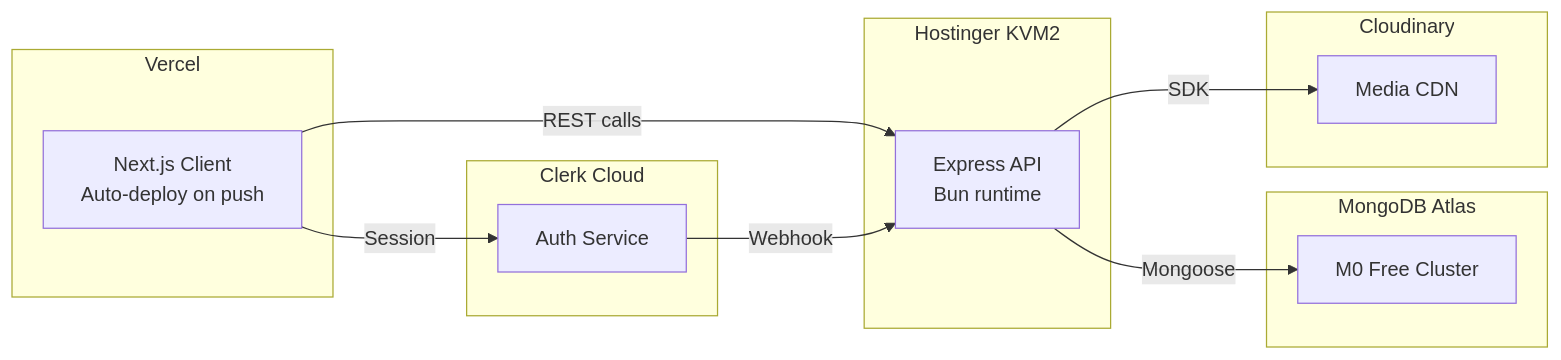
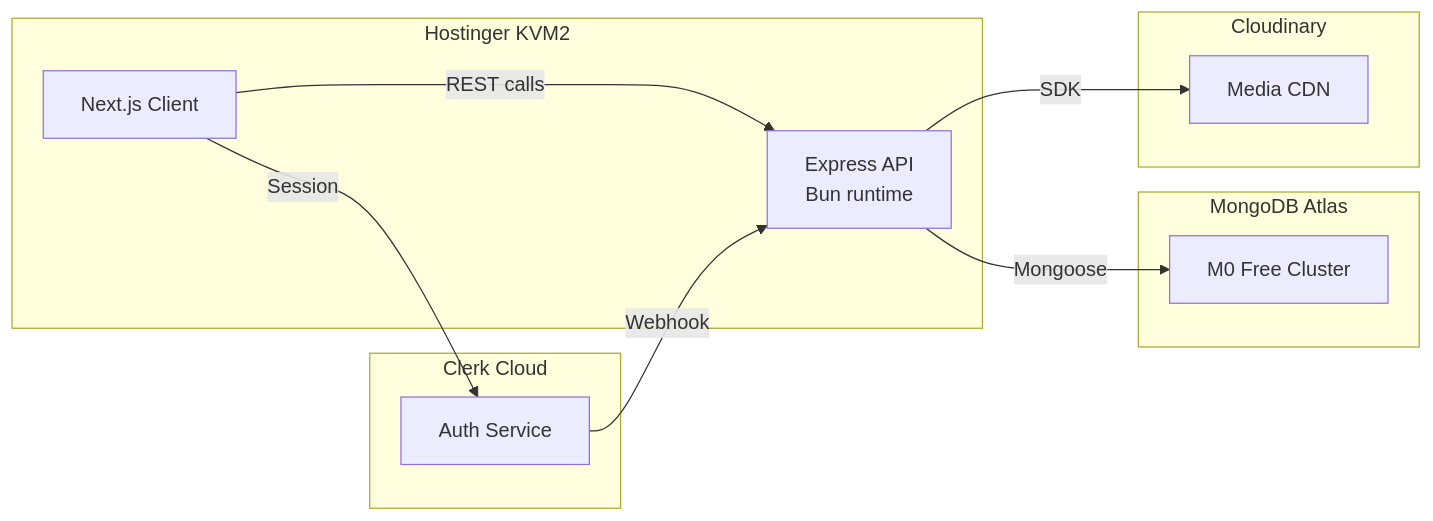
One commit to atharvdange618/Tabi changed the fifth of 5 diagrams in docs/architecture.md. Above: the diagram before and after it, drawn with Mermaid. The commit also changed other lines of this file and 5 other files, not shown here.

Commit message:
docs: update architecture, database design, and project documentation; add tech stack and project learnings

````diff
--- a/docs/architecture.md
+++ b/docs/architecture.md
@@ -296,28 +296,25 @@
 ```mermaid
 graph LR
-    subgraph Vercel
-        A[Next.js Client<br/>Auto-deploy on push]
-    end
-
     subgraph Hostinger KVM2
+        A[Next.js Client]
         B[Express API<br/>Bun runtime]
     end
 
     subgraph MongoDB Atlas
         C[M0 Free Cluster]
     end
 
     subgraph Clerk Cloud
         D[Auth Service]
     end
 
     subgraph Cloudinary
         E[Media CDN]
     end
 
     A -->|REST calls| B
     B -->|Mongoose| C
     D -->|Webhook| B
     B -->|SDK| E
     A -->|Session| D
 ```
````
